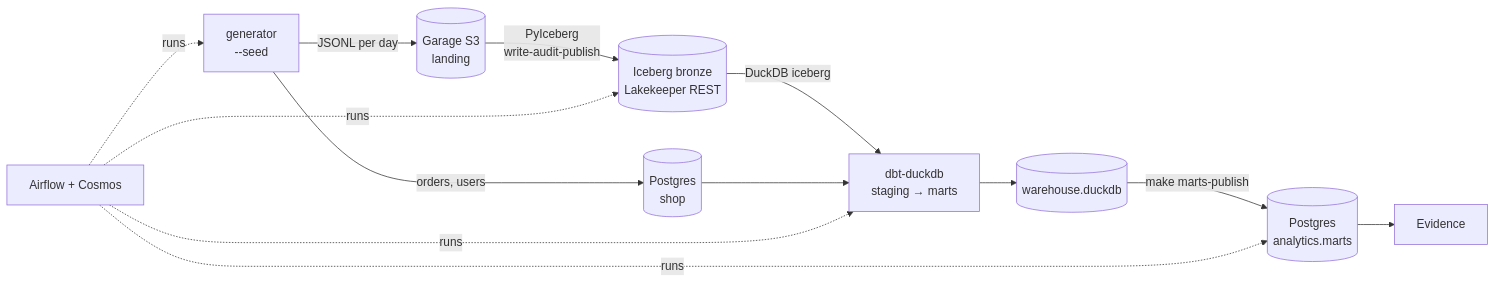
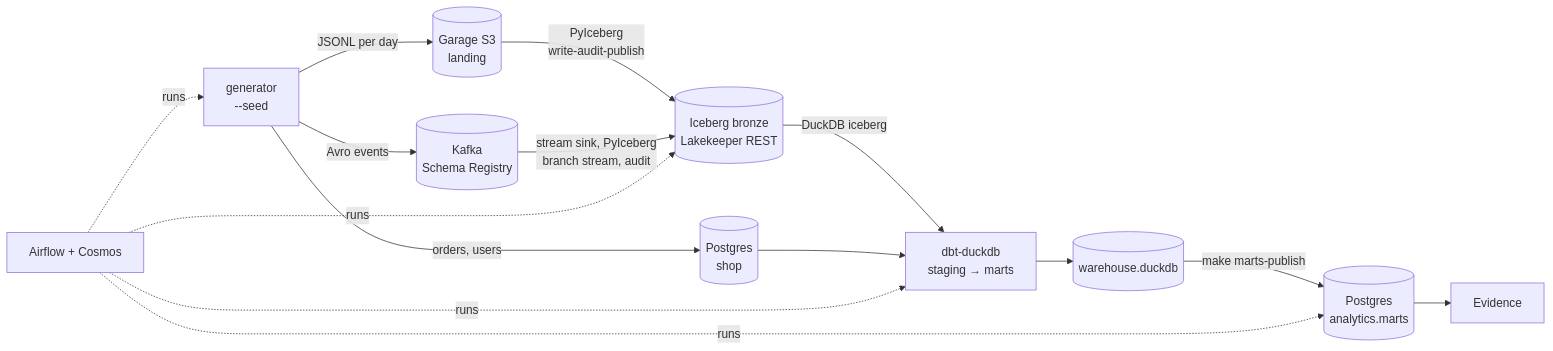
Before and after one commit to jjabuk/clickstream-lakehouse: the diagram in README.md, drawn with Mermaid. The commit also changed other lines of this file and 29 other files, not shown here.

First line of the commit message:
feat(ingest): stream the clickstream through Kafka into bronze

````diff
--- a/README.md
+++ b/README.md
@@ -13,12 +13,14 @@
 ```mermaid
 flowchart LR
   gen[generator<br/>--seed] -->|JSONL per day| s3[(Garage S3<br/>landing)]
+  gen -->|Avro events| kafka[(Kafka<br/>Schema Registry)]
   gen -->|orders, users| shop[(Postgres<br/>shop)]
   s3 -->|PyIceberg<br/>write-audit-publish| bronze[(Iceberg bronze<br/>Lakekeeper REST)]
+  kafka -->|stream sink, PyIceberg<br/>branch stream, audit| bronze
   bronze -->|DuckDB iceberg| dbt[dbt-duckdb<br/>staging → marts]
   shop --> dbt
   dbt --> wh[(warehouse.duckdb)]
   wh -->|make marts-publish| pg[(Postgres<br/>analytics.marts)]
   pg --> ev[Evidence]
   af[Airflow + Cosmos] -.runs.-> gen & bronze & dbt & pg
 ```
````
